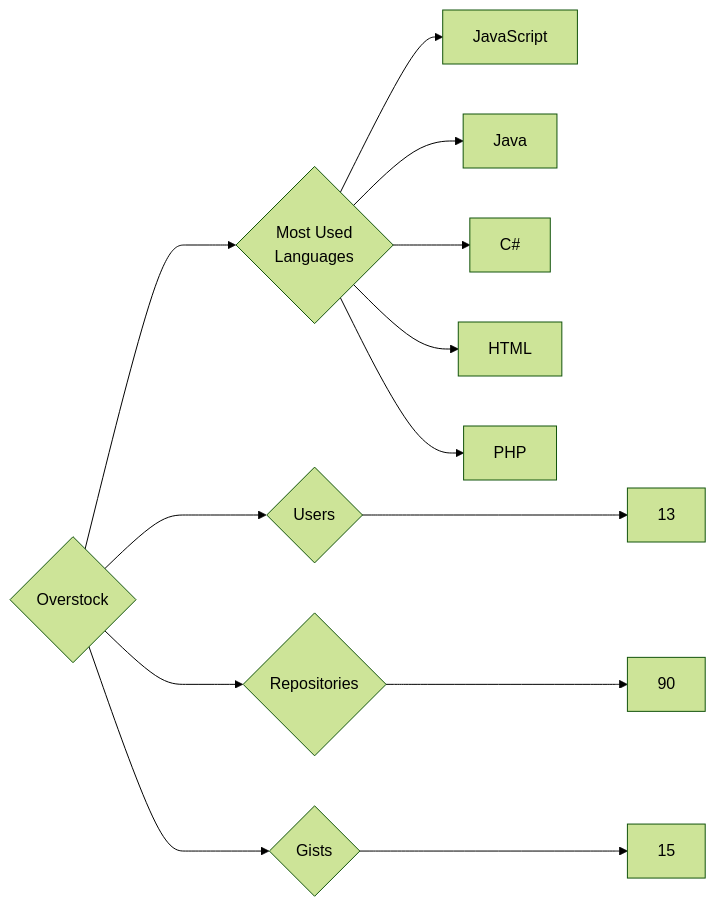
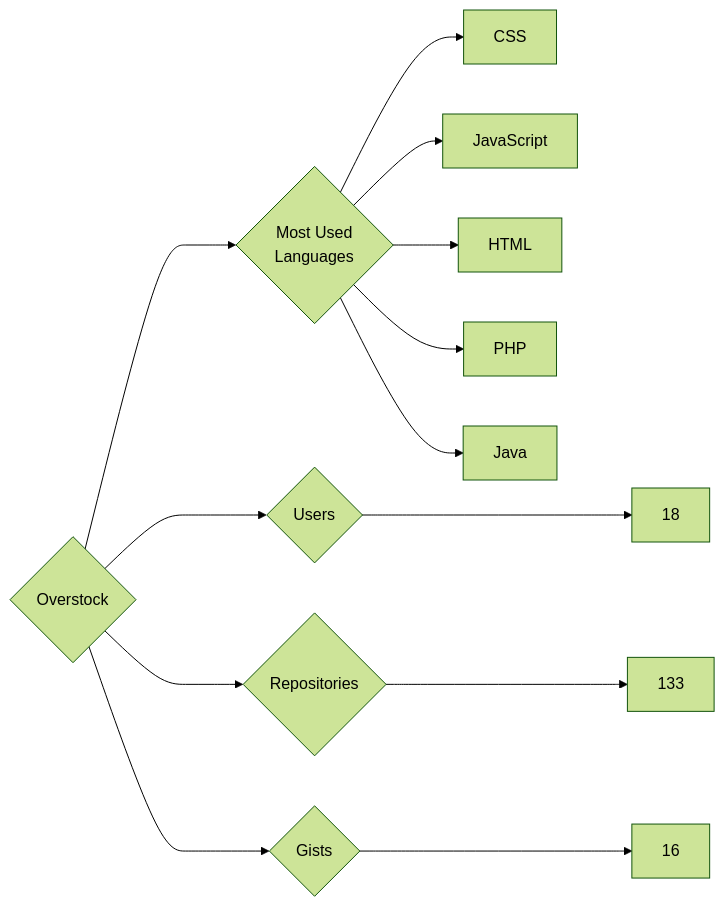
One commit to trickest/insiders changed the diagram in targets/Overstock/README.md. Above: the diagram before and after it, drawn with Mermaid (forest theme). The commit also changed 970 other files, not shown here.

````diff
--- a/targets/Overstock/README.md
+++ b/targets/Overstock/README.md
@@ -3,13 +3,13 @@
 ```mermaid
 graph LR
 COMPANY_NAME{Overstock}
-COMPANY_NAME ---> U{Users} ---> UN[13]
-COMPANY_NAME ---> R{Repositories} ---> RN[90]
-COMPANY_NAME ---> G{Gists} ---> GN[15]
+COMPANY_NAME ---> U{Users} ---> UN[18]
+COMPANY_NAME ---> R{Repositories} ---> RN[133]
+COMPANY_NAME ---> G{Gists} ---> GN[16]
 COMPANY_NAME ---> ML{Most Used<br>Languages}
+ML --> CSS[CSS]
 ML --> JavaScript[JavaScript]
-ML --> Java[Java]
-ML --> C#[C#]
 ML --> HTML[HTML]
 ML --> PHP[PHP]
+ML --> Java[Java]
 ```
````
